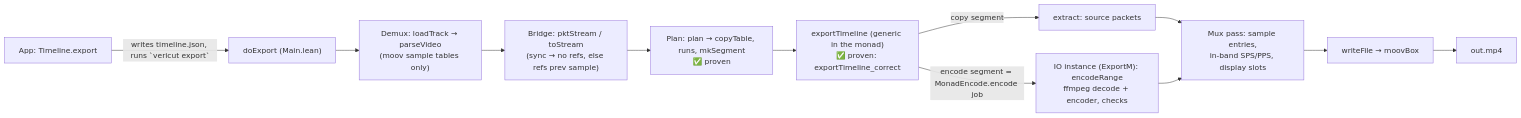
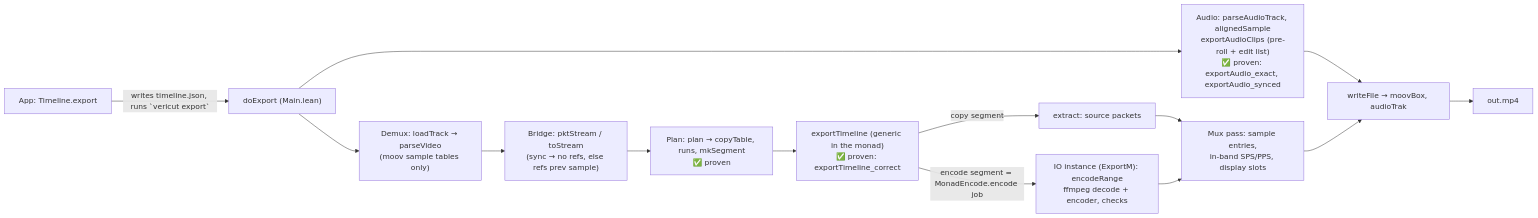
Before and after one commit to Philogy/verified-cut: the diagram in docs/pipeline.md, drawn with Mermaid. The commit also changed other lines of this file and 8 other files, not shown here.

Commit message:
Copy AAC audio on export: parse audio track and edit lists, A/V alignment, audio trak with multi-entry elst and roll group, --no-audio; audio tests (sample-exact vs source, AVFoundation); README, pipeline.md, research/audio-cuts.md

````diff
--- a/docs/pipeline.md
+++ b/docs/pipeline.md
@@ -8,14 +8,16 @@
 ```mermaid
 flowchart LR
   A["App: Timeline.export"] -->|writes timeline.json, runs `vericut export`| B["doExport (Main.lean)"]
   B --> C["Demux: loadTrack → parseVideo<br/>(moov sample tables only)"]
   C --> D["Bridge: pktStream / toStream<br/>(sync → no refs, else refs prev sample)"]
   D --> E["Plan: plan → copyTable, runs, mkSegment<br/>✅ proven"]
   E --> X["exportTimeline (generic in the monad)<br/>✅ proven: exportTimeline_correct"]
   X -->|copy segment| F["extract: source packets"]
   X -->|"encode segment = MonadEncode.encode job"| G["IO instance (ExportM): encodeRange<br/>ffmpeg decode + encoder, checks"]
   F --> H["Mux pass: sample entries,<br/>in-band SPS/PPS, display slots"]
   G --> H
-  H --> I["writeFile → moovBox"]
+  B --> K["Audio: parseAudioTrack, alignedSample<br/>exportAudioClips (pre-roll + edit list)<br/>✅ proven: exportAudio_exact, exportAudio_synced"]
+  K --> I
+  H --> I["writeFile → moovBox, audioTrak"]
   I --> J[out.mp4]
 ```
````
